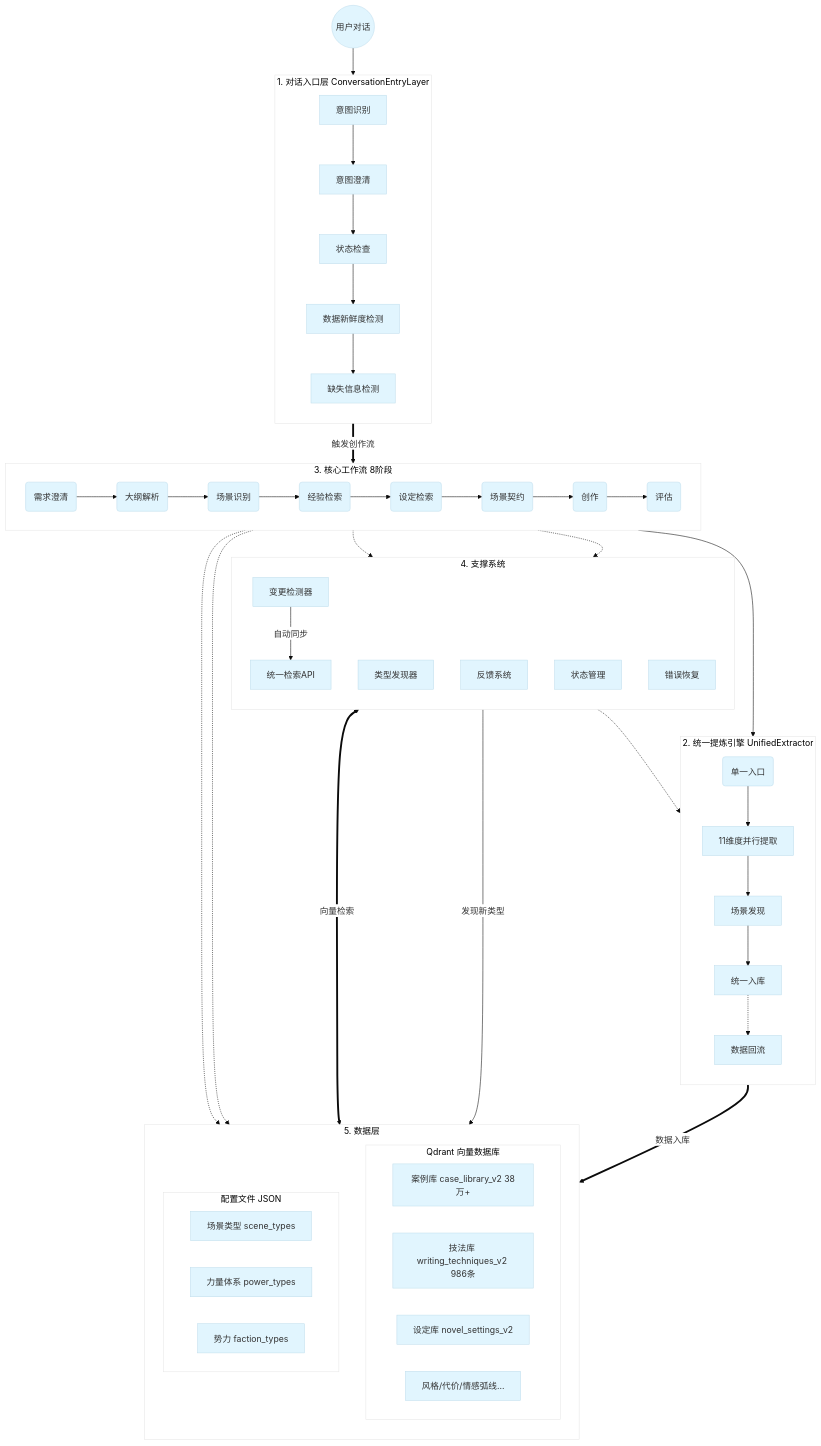
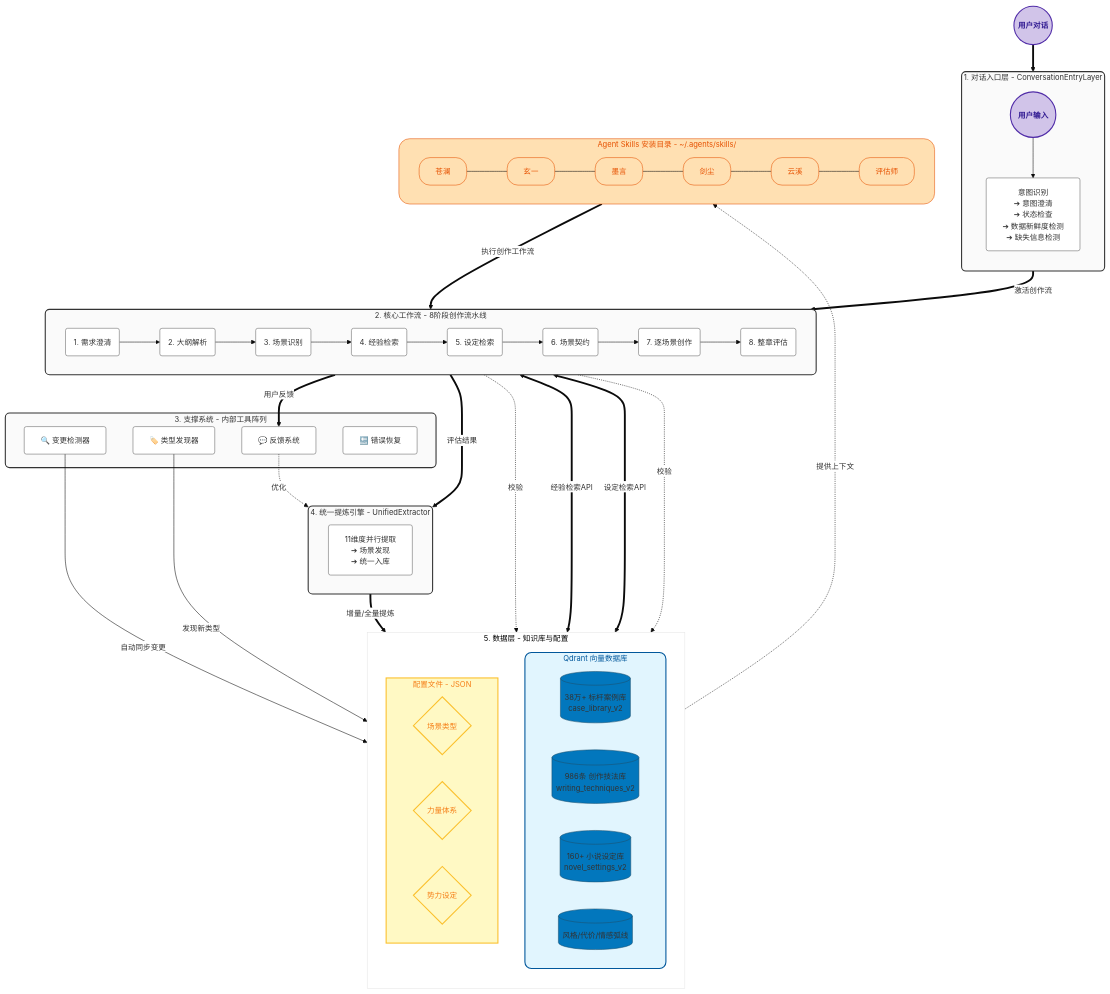
One commit to coffeeliuwei/zhongshengjie changed the first of 2 diagrams in README.md. Above: the diagram before and after it, drawn with Mermaid. The commit also changed other lines of this file, not shown here.

Commit message:
docs: 优化Mermaid架构图视觉效果 - 整体架构图：添加图标、多行文本、更清晰的样式定义 - 四层专家架构图：增强层级颜色、添加支撑系统注释 - 改进节点命名和布局，提升可读性

````diff
--- a/README.md
+++ b/README.md
@@ -552,75 +552,105 @@
 ```mermaid
-%%{init: {'theme': 'base', 'themeVariables': { 'primaryColor': '#e1f5fe', 'edgeLabelBackground':'#ffffff', 'tertiaryColor': '#fff'}}}%%
+%%{init: {'theme': 'base', 'themeVariables': { 'primaryColor': '#0277bd', 'edgeLabelBackground':'#ffffff', 'tertiaryColor': '#fff', 'fontFamily': 'tahoma', 'fontSize': '14px'}}}%%
 graph TD
-    %% 定义样式
-    classDef layer fill:#f9f9f9,stroke:#333,stroke-width:2px,rx:5,ry:5;
-    classDef unit fill:#fff,stroke:#666,stroke-width:1px,rx:2,ry:2;
-    classDef db fill:#e1f5fe,stroke:#0277bd,stroke-width:2px,rx:10,ry:10;
-    classDef config fill:#fff9c4,stroke:#fbc02d,stroke-width:2px,stroke-dasharray: 5 5;
-
+    %% ==========================================
+    %% 节点定义 (带有图标和多行文本)
+    %% ==========================================
+    
     %% 1. 对话入口层
-    subgraph Layer_Entry [1. 对话入口层 ConversationEntryLayer]
+    subgraph Layer_Entry [1. 对话入口层 - ConversationEntryLayer]
         direction TB
-        Entry_Int[意图识别] --> Entry_Clarify[意图澄清]
-        Entry_Clarify --> Entry_State[状态检查]
-        Entry_State --> Entry_Fresh[数据新鲜度检测]
-        Entry_Fresh --> Entry_Miss[缺失信息检测]
+        Entry_Start(("&nbsp;&nbsp;用户输入&nbsp;&nbsp;"))
+        Entry_Flow[意图识别 <br/> ➔ 意图澄清 <br/> ➔ 状态检查 <br/> ➔ 数据新鲜度检测 <br/> ➔ 缺失信息检测]
+        Entry_Start --> Entry_Flow
     end
 
-    %% 2. 统一提炼引擎
-    subgraph Layer_Extractor [2. 统一提炼引擎 UnifiedExtractor]
-        direction TB
-        Ext_Input(单一入口) --> Ext_Parallel[11维度并行提取]
-        Ext_Parallel --> Ext_Discover[场景发现]
-        Ext_Discover --> Ext_Storage[统一入库]
-        Ext_Storage -.-> Ext_Feedback[数据回流]
+    %% 2. 核心工作流
+    subgraph Layer_Workflow [2. 核心工作流 - 8阶段创作流水线]
+        direction LR
+        WF_P1(1. 需求澄清) --> WF_P2(2. 大纲解析) --> WF_P3(3. 场景识别) --> WF_P4(4. 经验检索)
+        WF_P4 --> WF_P5(5. 设定检索) --> WF_P6(6. 场景契约) --> WF_P7(7. 逐场景创作) --> WF_P8(8. 整章评估)
     end
 
-    %% 3. 核心工作流
-    subgraph Layer_Workflow [3. 核心工作流 8阶段]
-        direction LR
-        WF1(需求澄清) --> WF2(大纲解析) --> WF3(场景识别) --> WF4(经验检索)
-        WF4 --> WF5(设定检索) --> WF6(场景契约) --> WF7(创作) --> WF8(评估)
+    %% 3. 支撑系统
+    subgraph Layer_Support [3. 支撑系统 - 内部工具阵列]
+        Sup_Detect[🔍 变更检测器]
+        Sup_Type[🏷️ 类型发现器]
+        Sup_Feed[💬 反馈系统]
+        Sup_Undo[🔙 错误恢复]
     end
 
-    %% 4. 支撑系统
-    subgraph Layer_Support [4. 支撑系统]
-        direction TB
-        Sup_Detect[变更检测器]
-        Sup_Type[类型发现器]
-        Sup_Ret[统一检索API]
-        Sup_Feed[反馈系统]
-        Sup_State[状态管理]
-        Sup_Undo[错误恢复]
+    %% 4. 统一提炼引擎
+    subgraph Layer_Extractor [4. 统一提炼引擎 - UnifiedExtractor]
+        Ext_Parallel[11维度并行提取 <br/> ➔ 场景发现 <br/> ➔ 统一入库]
     end
 
     %% 5. 数据层
-    subgraph Layer_Data [5. 数据层]
+    subgraph Layer_Data [5. 数据层 - 知识库与配置]
         direction TB
         subgraph DB_Qdrant [Qdrant 向量数据库]
-            Vector_Case[案例库 case_library_v2 38万+]
-            Vector_Tech[技法库 writing_techniques_v2 986条]
-            Vector_Set[设定库 novel_settings_v2]
-            Vector_Misc[风格/代价/情感弧线...]
+            V_Case[(38万+ 标杆案例库 <br/> case_library_v2)]
+            V_Tech[(986条 创作技法库 <br/> writing_techniques_v2)]
+            V_Set[(160+ 小说设定库 <br/> novel_settings_v2)]
+            V_Misc[(风格/代价/情感弧线)]
         end
-        subgraph DB_Config [配置文件 JSON]
-            JSON_Scene[场景类型 scene_types]
-            JSON_Power[力量体系 power_types]
-            JSON_Faction[势力 faction_types]
+        subgraph DB_Config [配置文件 - JSON]
+            direction LR
+            JSON_Scene{场景类型}
+            JSON_Power{力量体系}
+            JSON_Faction{势力设定}
         end
     end
 
-    %% 核心交互关系 (数据流)
-    User((用户对话)) --> Layer_Entry
-    Layer_Entry ==>|触发创作流| WF1
-    WF4 -.-> Sup_Ret
-    WF5 -.-> Sup_Ret
-    Sup_Ret <==>|向量检索| DB_Qdrant
-    WF3 -.-> DB_Config
-    WF6 -.-> DB_Config
-    WF8 --> Layer_Extractor
-    Layer_Extractor ==>|数据入库| DB_Qdrant
-    Sup_Detect -->|自动同步| Sup_Ret
+    %% 6. Agent 支撑 (参考最后一张图的 Skills)
+    subgraph Agents [Agent Skills 安装目录 - ~/.agents/skills/]
+        direction LR
+        Agent_A[苍澜] --- Agent_B[玄一] --- Agent_C[墨言] --- Agent_D[剑尘] --- Agent_E[云溪] --- Agent_Eval[评估师]
+    end
+
+    %% ==========================================
+    %% 核心交互关系 (粗线条表示主流程)
+    %% ==========================================
+    
+    %% 主创作流
+    User((用户对话)) ==> Layer_Entry
+    Entry_Flow ==>|激活创作流| WF_P1
+    Layer_Data -.->|提供上下文| Agents
+    Agents ==>|执行创作工作流| Layer_Workflow
+    
+    %% RAG 检索流 (双向箭头表示检索与应用)
+    WF_P4 <==>|经验检索API| DB_Qdrant
+    WF_P5 <==>|设定检索API| DB_Qdrant
+    
+    %% 类型与契约校验
+    WF_P3 -.->|校验| JSON_Scene
+    WF_P6 -.->|校验| DB_Config
+    
+    %% 评估与提炼闭环
+    WF_P8 ==>|评估结果| Layer_Extractor
+    WF_P8 ==>|用户反馈| Sup_Feed
+    Sup_Feed -.->|优化| Layer_Extractor
+    Layer_Extractor ==>|增量/全量提炼| DB_Qdrant
+
+    %% 自动同步与发现
+    Sup_Detect -->|自动同步变更| Layer_Data
     Sup_Type -->|发现新类型| DB_Config
-    Sup_Feed -.-> Ext_Feedback
+
+    %% ==========================================
+    %% 视觉样式定义
+    %% ==========================================
+    classDef layer_title fill:none,stroke:none,color:#fff,font-weight:bold,font-size:16px;
+    classDef main_box fill:#fafafa,stroke:#333,stroke-width:2px,rx:8,ry:8,color:#333;
+    classDef proc_box fill:#fff,stroke:#666,stroke-width:1px,rx:4,ry:4,color:#333;
+    classDef db_box fill:#e1f5fe,stroke:#01579b,stroke-width:2px,rx:12,ry:12,color:#01579b;
+    classDef config_box fill:#fff9c4,stroke:#fbc02d,stroke-width:2px,color:#f57f17;
+    classDef agent_box fill:#ffe0b2,stroke:#e65100,stroke-width:1px,rx:20,ry:20,color:#e65100;
+    classDef user_node fill:#d1c4e9,stroke:#512da8,stroke-width:2px,color:#311b92,font-weight:bold;
+
+    class Layer_Entry,Layer_Workflow,Layer_Support,Layer_Extractor main_box;
+    class Entry_Flow,WF_P1,WF_P2,WF_P3,WF_P4,WF_P5,WF_P6,WF_P7,WF_P8,Ext_Parallel,Sup_Detect,Sup_Type,Sup_Feed,Sup_Undo proc_box;
+    class DB_Qdrant db_box;
+    class Vector_Case,Vector_Tech,Vector_Set,Vector_Misc db_box;
+    class DB_Config,JSON_Scene,JSON_Power,JSON_Faction config_box;
+    class Agents,Agent_A,Agent_B,Agent_C,Agent_D,Agent_E,Agent_Eval agent_box;
+    class User,Entry_Start user_node;
 ```
````
